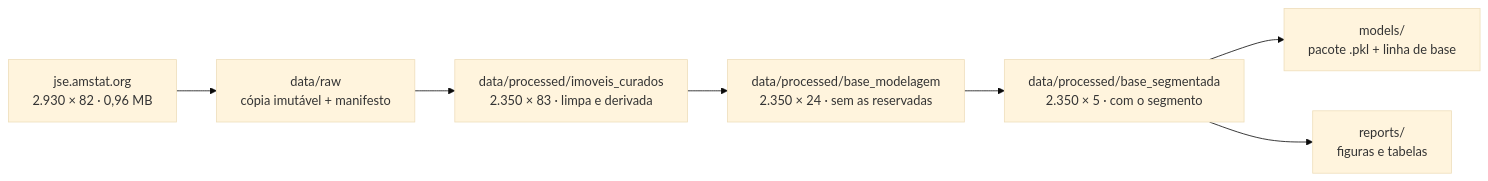
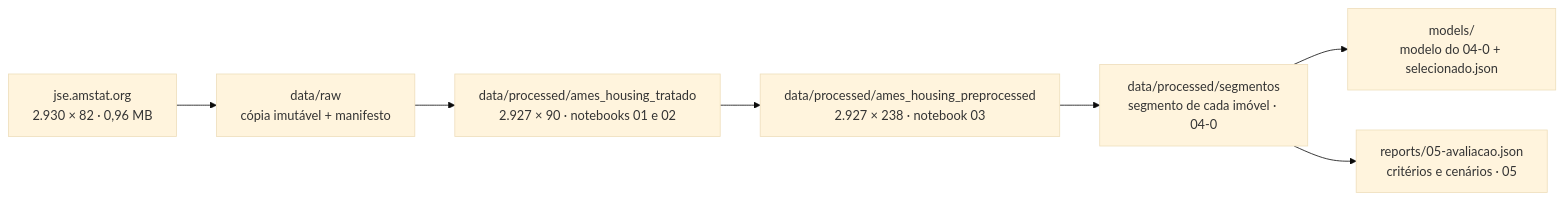
The diagram in docs/fonte-dados.md (aislansf/projeto-exemplo-mercado-imobiliario), drawn with Mermaid (base theme) before and after one commit. The commit also changed other lines of this file and 307 other files, not shown here.

````diff
--- a/docs/fonte-dados.md
+++ b/docs/fonte-dados.md
@@ -131,9 +130,9 @@
 ```mermaid
 flowchart LR
     A["jse.amstat.org<br/>2.930 × 82 · 0,96 MB"] --> B["data/raw<br/>cópia imutável + manifesto"]
-    B --> C["data/processed/imoveis_curados<br/>2.350 × 83 · limpa e derivada"]
-    C --> D["data/processed/base_modelagem<br/>2.350 × 24 · sem as reservadas"]
-    D --> E["data/processed/base_segmentada<br/>2.350 × 5 · com o segmento"]
-    E --> F["models/<br/>pacote .pkl + linha de base"]
-    E --> G["reports/<br/>figuras e tabelas"]
+    B --> C["data/processed/ames_housing_tratado<br/>2.927 × 90 · notebooks 01 e 02"]
+    C --> P["data/processed/ames_housing_preprocessed<br/>2.927 × 238 · notebook 03"]
+    P --> D["data/processed/segmentos<br/>segmento de cada imóvel · 04-0"]
+    D --> F["models/<br/>modelo do 04-0 + selecionado.json"]
+    D --> G["reports/05-avaliacao.json<br/>critérios e cenários · 05"]
 ```
````
